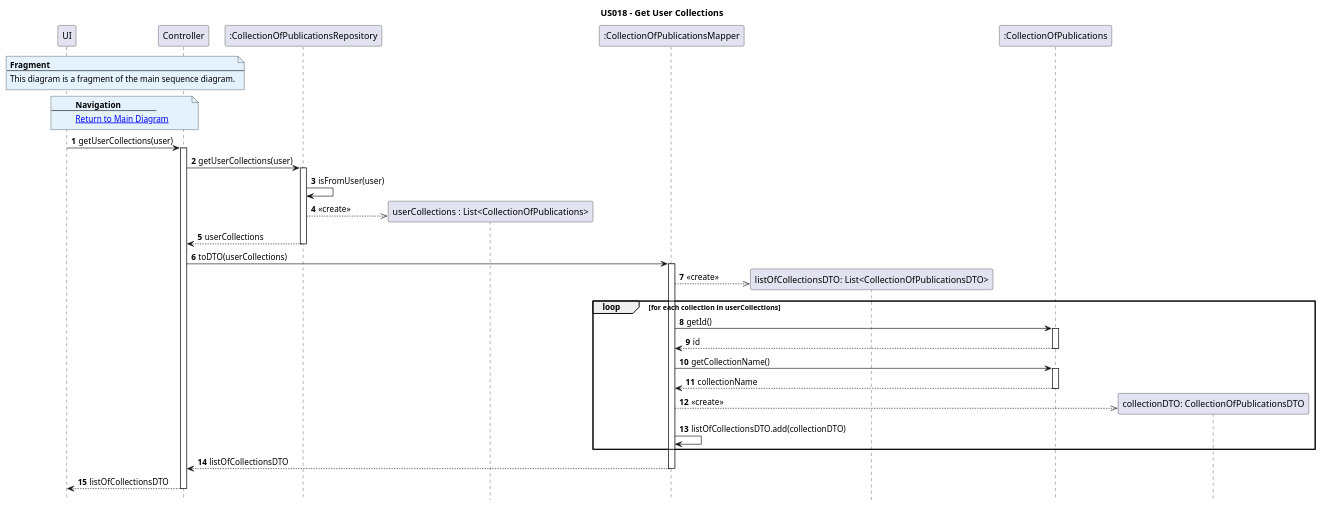
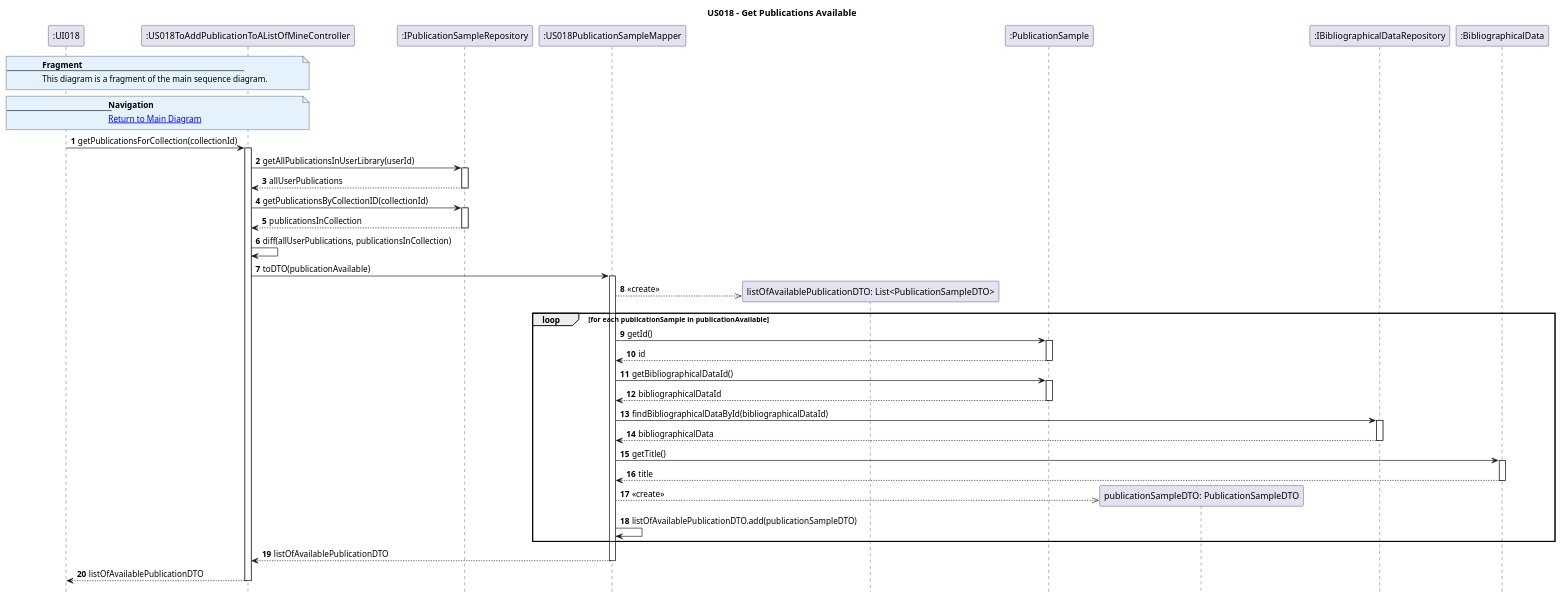
The diagram in Diagrams/SequenceDiagrams/N2/US018-to-add-a-publication-to-list/2.GetUserCollections.puml (AndrePereiraGitH/SWitCH-Project-Team_A), drawn with PlantUML before and after one commit. The commit also changed 4 other files, not shown here.

Commit message:
refactor #615: update sequence and class diagrams according to DDD

```diff
--- a/Diagrams/SequenceDiagrams/N2/US018-to-add-a-publication-to-list/2.GetUserCollections.puml
+++ b/Diagrams/SequenceDiagrams/N2/US018-to-add-a-publication-to-list/2.GetUserCollections.puml
@@ -1,66 +1,93 @@
 @startuml
+
 hide footbox
 autonumber
 
-title US018 - Get User Collections
+title US018 - Get Publications Available
+
+participant ":UI018" as UI
+participant ":US018ToAddPublicationToAListOfMineController" as Controller
+participant ":IPublicationSampleRepository" as PublicationSampleRepo
+participant ":US018PublicationSampleMapper" as PublicationSampleMapper
+participant "listOfAvailablePublicationDTO: List<PublicationSampleDTO>" as listOfAvailablePublicationDTO
+participant ":PublicationSample" as PublicationSample
+participant "publicationSampleDTO: PublicationSampleDTO" as publicationSampleDTO
+participant ":IBibliographicalDataRepository" as BibliographicalDataRepo
+participant ":BibliographicalData" as BibliographicalData
 
 note over UI, Controller #E3F2FD
 <b>Fragment</b>
 ---
 This diagram is a fragment of the main sequence diagram.
 end note
 
 note over UI, Controller #E3F2FD
 <b>Navigation</b>
 ---
 [[1.MainDiagram.puml Return to Main Diagram]]
 end note
 
-participant ":UI018" as UI
-participant ":AddCollectionOfPublicationsController" as Controller
-participant ":CollectionOfPublicationsRepository" as CollectionRepo
-participant "userCollections : List<CollectionOfPublications>" as userCollections
-participant ":CollectionOfPublicationsMapper" as CollectionMapper
-participant "listOfCollectionsDTO: List<CollectionOfPublicationsDTO>" as listOfCollectionsDTO
-participant ":CollectionOfPublications" as CP
-participant "collectionDTO: CollectionOfPublicationsDTO" as collectionDTO
-
-UI -> Controller : getUserCollections(user)
+UI -> Controller : getPublicationsForCollection(collectionId)
 activate Controller
 
-Controller -> CollectionRepo : getUserCollections(user)
-activate CollectionRepo
+' =====================================================
+' GET ALL USER PUBLICATIONS
+' =====================================================
+Controller -> PublicationSampleRepo : getAllPublicationsInUserLibrary(userId)
+activate PublicationSampleRepo
+PublicationSampleRepo --> Controller : allUserPublications
+deactivate PublicationSampleRepo
 
-CollectionRepo -> CollectionRepo : isFromUser(user)
-CollectionRepo -->> userCollections ** : <<create>>
-CollectionRepo --> Controller : userCollections
-deactivate CollectionRepo
+' =====================================================
+' GET PUBLICATIONS ALREADY IN COLLECTION
+' =====================================================
+Controller -> PublicationSampleRepo : getPublicationsByCollectionID(collectionId)
+activate PublicationSampleRepo
+PublicationSampleRepo --> Controller : publicationsInCollection
+deactivate PublicationSampleRepo
 
-Controller -> CollectionMapper : toDTO(userCollections)
-activate CollectionMapper
+' =====================================================
+' CALCULATE DIFFERENCE
+' =====================================================
+Controller -> Controller : diff(allUserPublications, publicationsInCollection)
 
-CollectionMapper -->> listOfCollectionsDTO ** : <<create>>
+' =====================================================
+' CONVERT RESULT TO DTO
+' =====================================================
+Controller -> PublicationSampleMapper : toDTO(publicationAvailable)
+activate PublicationSampleMapper
 
-loop for each collection in userCollections
-    CollectionMapper -> CP : getId()
-    activate CP
-    CP --> CollectionMapper : id
-    deactivate CP
+PublicationSampleMapper -->> listOfAvailablePublicationDTO ** : <<create>>
 
-    CollectionMapper -> CP : getCollectionName()
-    activate CP
-    CP --> CollectionMapper : collectionName
-    deactivate CP
+loop for each publicationSample in publicationAvailable
+    PublicationSampleMapper -> PublicationSample : getId()
+    activate PublicationSample
+    PublicationSample --> PublicationSampleMapper : id
+    deactivate PublicationSample
 
-    CollectionMapper -->> collectionDTO ** : <<create>>
+    PublicationSampleMapper -> PublicationSample : getBibliographicalDataId()
+    activate PublicationSample
+    PublicationSample --> PublicationSampleMapper : bibliographicalDataId
+    deactivate PublicationSample
 
-    CollectionMapper -> CollectionMapper : listOfCollectionsDTO.add(collectionDTO)
+    PublicationSampleMapper -> BibliographicalDataRepo : findBibliographicalDataById(bibliographicalDataId)
+    activate BibliographicalDataRepo
+    BibliographicalDataRepo --> PublicationSampleMapper : bibliographicalData
+    deactivate BibliographicalDataRepo
+
+    PublicationSampleMapper -> BibliographicalData : getTitle()
+    activate BibliographicalData
+    BibliographicalData --> PublicationSampleMapper : title
+    deactivate BibliographicalData
+
+    PublicationSampleMapper -->> publicationSampleDTO ** : <<create>>
+    PublicationSampleMapper -> PublicationSampleMapper : listOfAvailablePublicationDTO.add(publicationSampleDTO)
 end
 
-CollectionMapper --> Controller : listOfCollectionsDTO
-deactivate CollectionMapper
+PublicationSampleMapper --> Controller : listOfAvailablePublicationDTO
+deactivate PublicationSampleMapper
 
-Controller --> UI : listOfCollectionsDTO
+Controller --> UI : listOfAvailablePublicationDTO
 deactivate Controller
 
 @enduml
```
